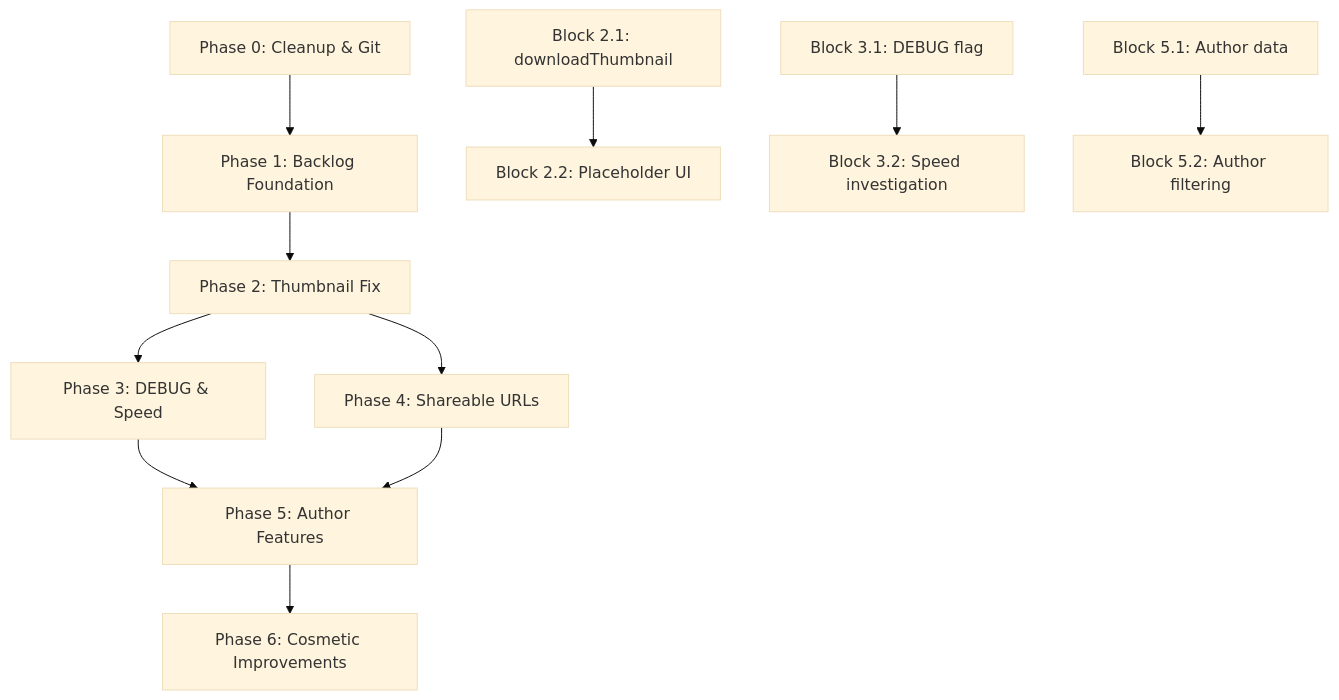
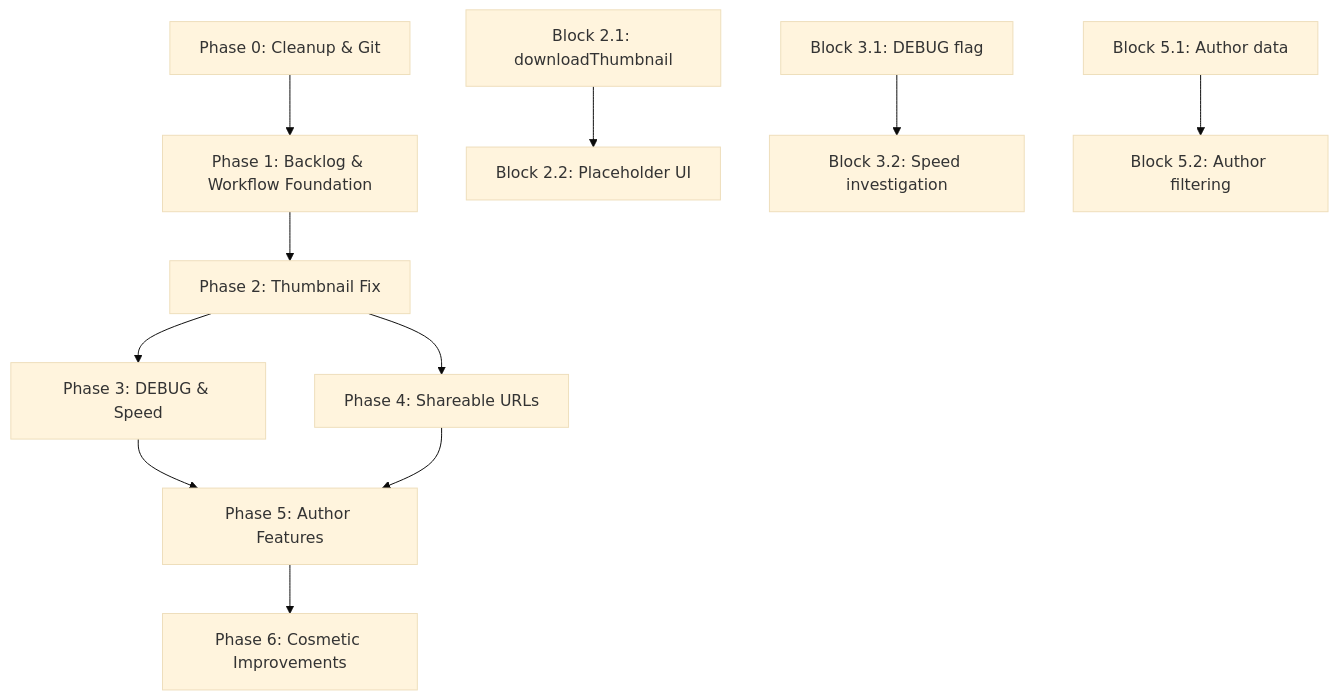
One commit to sshamanov/telegram-media-gallery changed the diagram in .kilo/plans/1776334107170-playful-moon.md. Above: the diagram before and after it, drawn with Mermaid (base theme). The commit also changed other lines of this file and 6 other files, not shown here.

Commit message:
chore: improve workflow with completed‑plans section, phase‑grouped todos, port‑conflict prevention, backlog edit policy

````diff
--- a/.kilo/plans/1776334107170-playful-moon.md
+++ b/.kilo/plans/1776334107170-playful-moon.md
@@ -156,14 +238,14 @@
 ```mermaid
 graph TD
-    Z[Phase 0: Cleanup & Git] --> A[Phase 1: Backlog Foundation]
+    Z[Phase 0: Cleanup & Git] --> A[Phase 1: Backlog & Workflow Foundation]
     A --> B[Phase 2: Thumbnail Fix]
     B --> C[Phase 3: DEBUG & Speed]
     B --> D[Phase 4: Shareable URLs]
     C --> E[Phase 5: Author Features]
     D --> E
     E --> F[Phase 6: Cosmetic Improvements]
     
     B1[Block 2.1: downloadThumbnail] --> B2[Block 2.2: Placeholder UI]
     C1[Block 3.1: DEBUG flag] --> C2[Block 3.2: Speed investigation]
     E1[Block 5.1: Author data] --> E2[Block 5.2: Author filtering]
 ```
````
